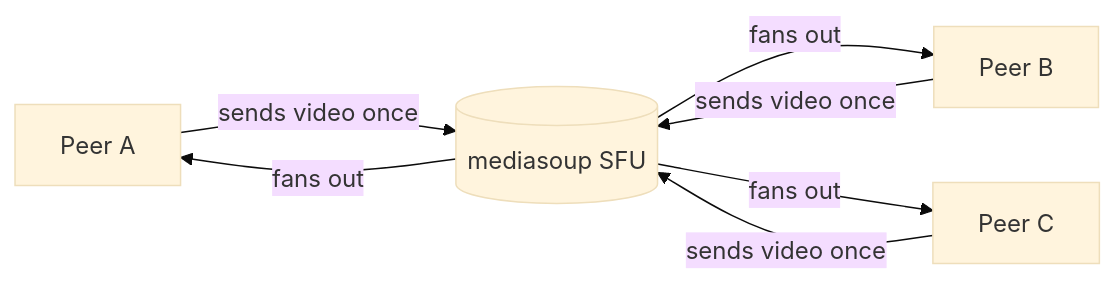
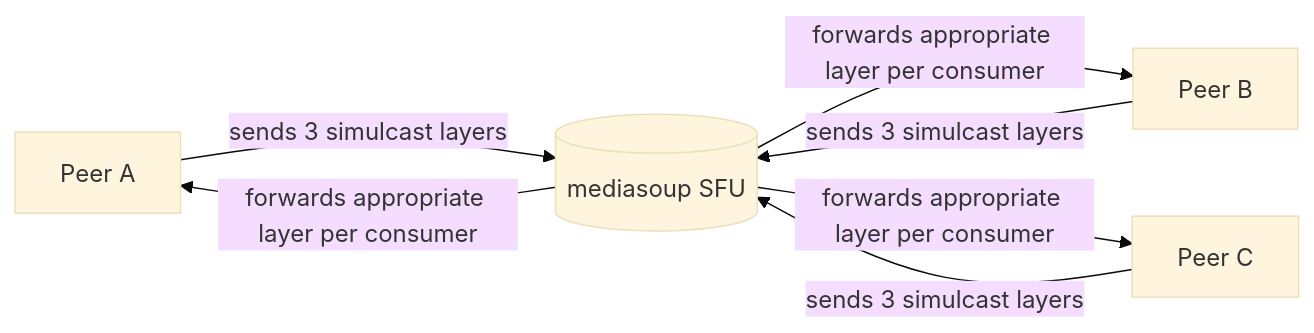
One commit to krish9219/openmeet changed the diagram in README.md. Above: the diagram before and after it, drawn with Mermaid (base theme). The commit also changed other lines of this file and 6 other files, not shown here.

````diff
--- a/README.md
+++ b/README.md
@@ -25,9 +26,9 @@
 ```mermaid
 flowchart LR
-    A[Peer A] -->|sends video once| S[(mediasoup SFU)]
-    B[Peer B] -->|sends video once| S
-    C[Peer C] -->|sends video once| S
-    S -->|fans out| A
-    S -->|fans out| B
-    S -->|fans out| C
+    A[Peer A] -->|sends 3 simulcast layers| S[(mediasoup SFU)]
+    B[Peer B] -->|sends 3 simulcast layers| S
+    C[Peer C] -->|sends 3 simulcast layers| S
+    S -->|forwards appropriate layer per consumer| A
+    S -->|forwards appropriate layer per consumer| B
+    S -->|forwards appropriate layer per consumer| C
 ```
````
